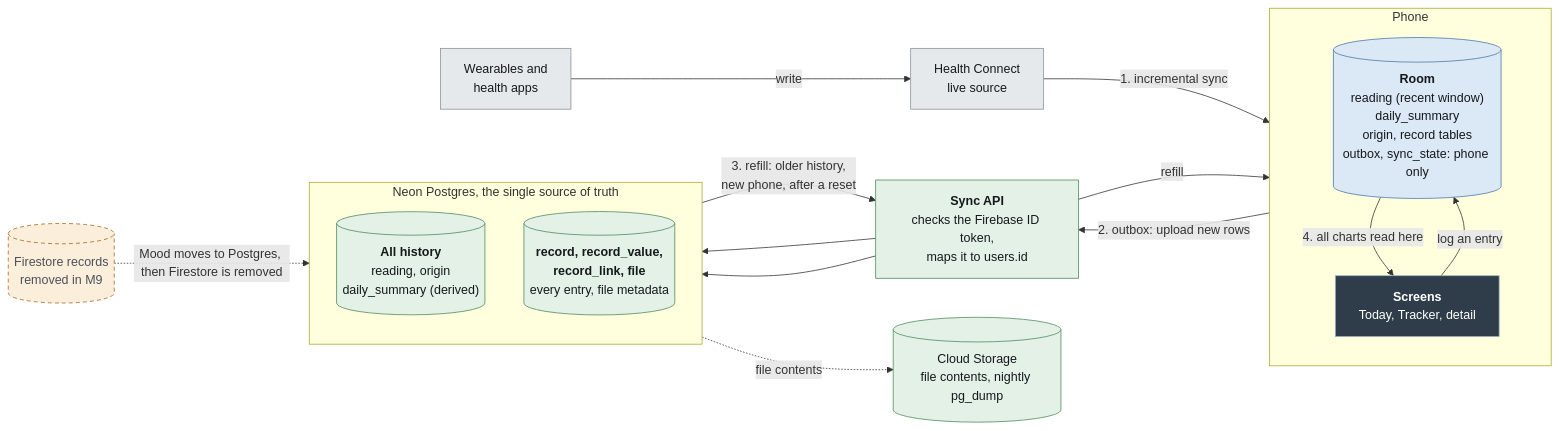
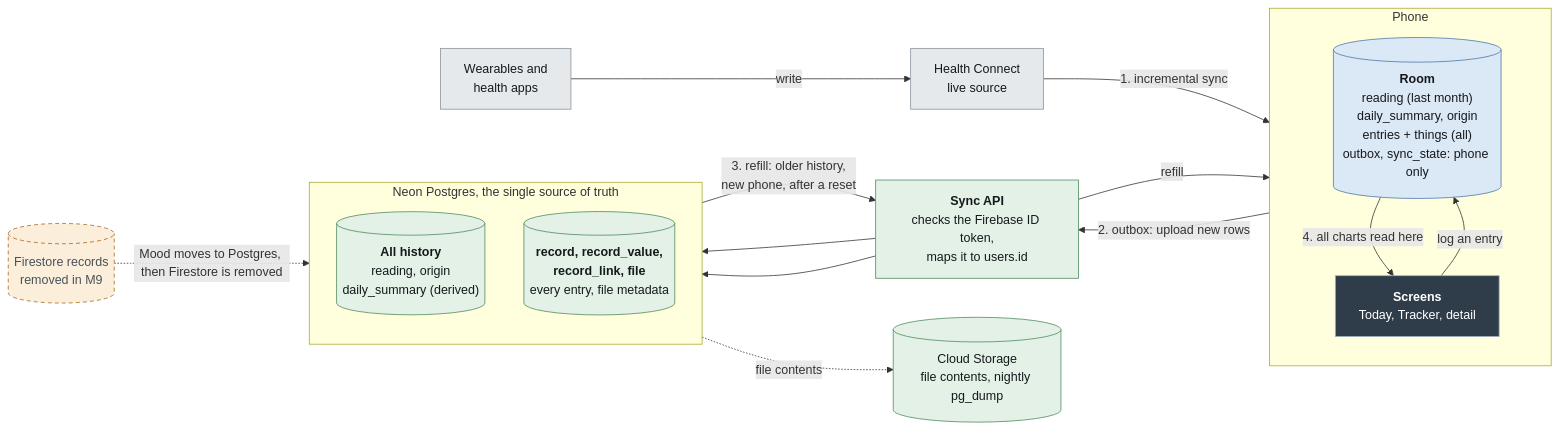
The diagram in docs/architecture/backend/db-schema/schema-flow.mmd (Laul/LauWell), drawn with Mermaid before and after one commit. The commit also changed 6 other files, not shown here.

First line of the commit message:
[docs] Shared foundation design and schema review: two families of things, detail tables, what the phone keeps

```diff
--- a/docs/architecture/backend/db-schema/schema-flow.mmd
+++ b/docs/architecture/backend/db-schema/schema-flow.mmd
@@ -1,38 +1,38 @@
 flowchart LR
   classDef ext fill:#e6e9ec,stroke:#8a939b,color:#16191C
   classDef room fill:#dbe8f5,stroke:#4b78a8,color:#16191C
   classDef cloud fill:#e3f1e6,stroke:#4f8a5c,color:#16191C
   classDef app fill:#2f3d4a,stroke:#9fb2c4,color:#ffffff
   classDef old fill:#fbeedb,stroke:#a8641a,color:#4a525a,stroke-dasharray:5 4
 
   W["Wearables and<br/>health apps"]:::ext
   HC["Health Connect<br/>live source"]:::ext
 
   subgraph PHONE["Phone"]
     direction TB
-    ROOM[("<b>Room</b><br/>reading (recent window)<br/>daily_summary<br/>origin, record tables<br/>outbox, sync_state: phone only")]:::room
+    ROOM[("<b>Room</b><br/>reading (last month)<br/>daily_summary, origin<br/>entries + things (all)<br/>outbox, sync_state: phone only")]:::room
     SCR["<b>Screens</b><br/>Today, Tracker, detail"]:::app
   end
 
   API["<b>Sync API</b><br/>checks the Firebase ID token,<br/>maps it to users.id"]:::cloud
 
   subgraph CLOUD["Neon Postgres, the single source of truth"]
     direction TB
     DB[("<b>All history</b><br/>reading, origin<br/>daily_summary (derived)")]:::cloud
     REC[("<b>record, record_value,<br/>record_link, file</b><br/>every entry, file metadata")]:::cloud
   end
 
   GCS[("Cloud Storage<br/>file contents, nightly pg_dump")]:::cloud
   FS[("Firestore records<br/>removed in M9")]:::old
 
   W -->|"write"| HC
   HC -->|"1. incremental sync"| ROOM
   SCR -->|"log an entry"| ROOM
   ROOM -->|"2. outbox: upload new rows"| API
   API --> DB
   API --> REC
   DB -->|"3. refill: older history,<br/>new phone, after a reset"| API
   API -->|"refill"| ROOM
   ROOM -->|"4. all charts read here"| SCR
   REC -.->|"file contents"| GCS
   FS -.->|"Mood moves to Postgres, then Firestore is removed"| REC
```
